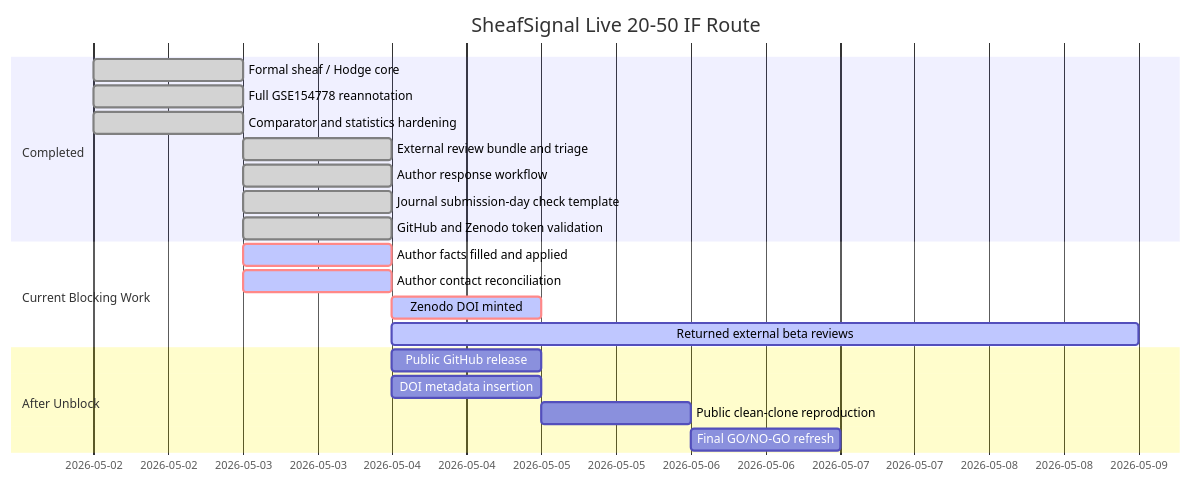
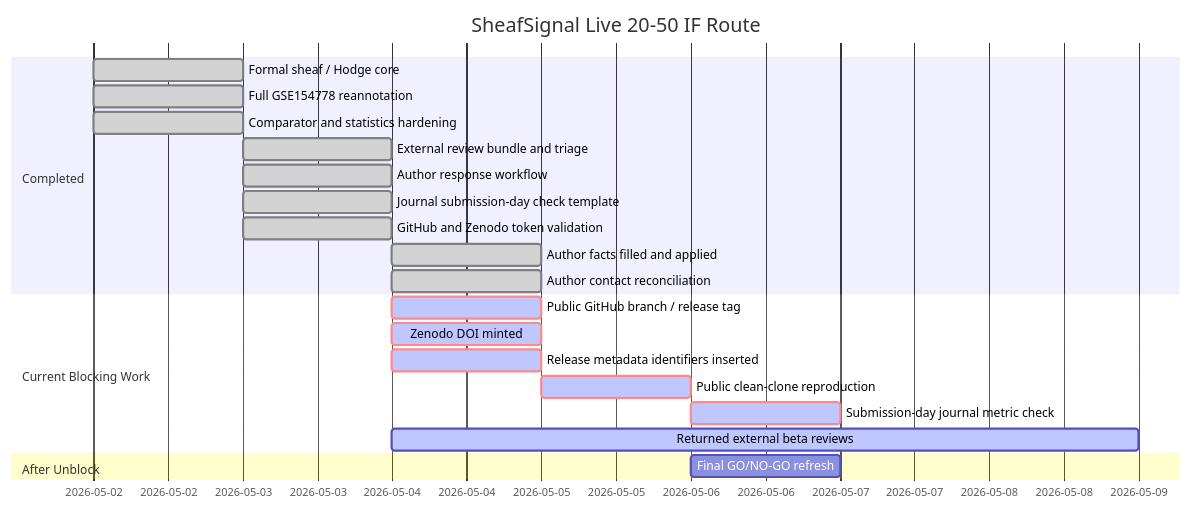
Before and after one commit to healthgreat/SheafSignal: the diagram in manuscript/SHEAFSIGNAL_LIVE_GANTT_STATUS.md, drawn with Mermaid. The commit also changed other lines of this file and 28 other files, not shown here.

Commit message:
Apply author declarations and refresh release gates

````diff
--- a/manuscript/SHEAFSIGNAL_LIVE_GANTT_STATUS.md
+++ b/manuscript/SHEAFSIGNAL_LIVE_GANTT_STATUS.md
@@ -12,26 +12,27 @@
 ```mermaid
 gantt
     title SheafSignal Live 20-50 IF Route
     dateFormat  YYYY-MM-DD
 
     section Completed
     Formal sheaf / Hodge core                 :done, 2026-05-02, 1d
     Full GSE154778 reannotation               :done, 2026-05-02, 1d
     Comparator and statistics hardening       :done, 2026-05-02, 1d
     External review bundle and triage         :done, 2026-05-03, 1d
     Author response workflow                  :done, 2026-05-03, 1d
     Journal submission-day check template     :done, 2026-05-03, 1d
     GitHub and Zenodo token validation        :done, 2026-05-03, 1d
+    Author facts filled and applied           :done, 2026-05-04, 1d
+    Author contact reconciliation             :done, 2026-05-04, 1d
 
     section Current Blocking Work
-    Author facts filled and applied           :crit, active, 2026-05-03, 1d
-    Author contact reconciliation             :crit, active, 2026-05-03, 1d
+    Public GitHub branch / release tag        :crit, active, 2026-05-04, 1d
     Zenodo DOI minted                         :crit, active, 2026-05-04, 1d
+    Release metadata identifiers inserted     :crit, active, 2026-05-04, 1d
+    Public clean-clone reproduction           :crit, active, 2026-05-05, 1d
+    Submission-day journal metric check       :crit, active, 2026-05-06, 1d
     Returned external beta reviews            :active, 2026-05-04, 5d
 
     section After Unblock
-    Public GitHub release                     :2026-05-04, 1d
-    DOI metadata insertion                    :2026-05-04, 1d
-    Public clean-clone reproduction           :2026-05-05, 1d
     Final GO/NO-GO refresh                    :2026-05-06, 1d
 ```
````
